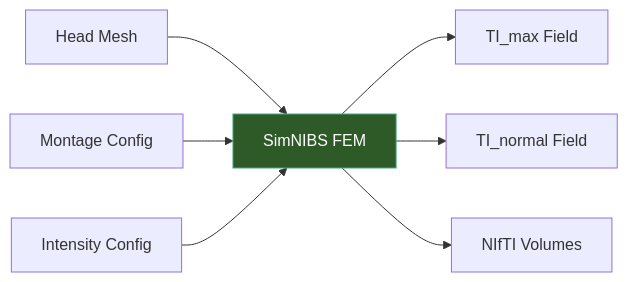
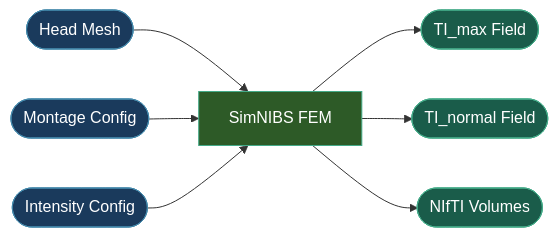
Before and after one commit to idossha/TI-Toolbox: the diagram in docs/api_mkdocs/docs/pipeline/simulation.md, drawn with Mermaid. The commit also changed 9 other files, not shown here.

First line of the commit message:
docs: standardize mermaid diagram color scheme, shapes, and I/O logic (#86)

````diff
--- a/docs/api_mkdocs/docs/pipeline/simulation.md
+++ b/docs/api_mkdocs/docs/pipeline/simulation.md
@@ -5,10 +5,16 @@
 ```mermaid
 graph LR
-    MESH[Head Mesh] --> SIM[SimNIBS FEM]
-    MONT[Montage Config] --> SIM
-    INT[Intensity Config] --> SIM
-    SIM --> TI_MAX[TI_max Field]
-    SIM --> TI_NORM[TI_normal Field]
-    SIM --> NIFTI[NIfTI Volumes]
+    MESH([Head Mesh]) --> SIM[SimNIBS FEM]
+    MONT([Montage Config]) --> SIM
+    INT([Intensity Config]) --> SIM
+    SIM --> TI_MAX([TI_max Field])
+    SIM --> TI_NORM([TI_normal Field])
+    SIM --> NIFTI([NIfTI Volumes])
+    style MESH fill:#1a3a5c,stroke:#48a,color:#fff
+    style MONT fill:#1a3a5c,stroke:#48a,color:#fff
+    style INT fill:#1a3a5c,stroke:#48a,color:#fff
     style SIM fill:#2d5a27,stroke:#4a8,color:#fff
+    style TI_MAX fill:#1a5c4a,stroke:#4a8,color:#fff
+    style TI_NORM fill:#1a5c4a,stroke:#4a8,color:#fff
+    style NIFTI fill:#1a5c4a,stroke:#4a8,color:#fff
 ```
````
